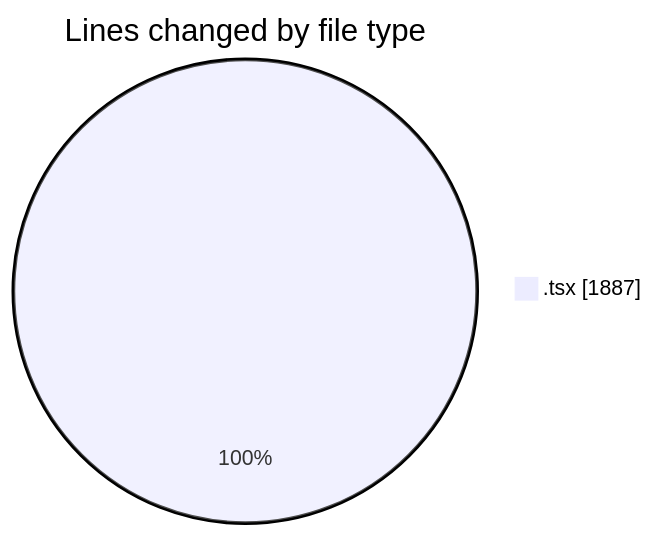
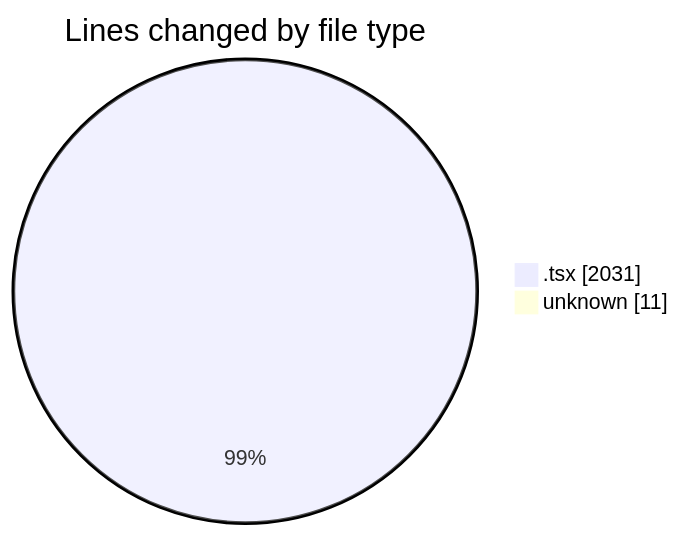
Before and after one commit to JenPaints/code-tracking: the first of 2 diagrams in 2025-05-28/kimberly-groups/README.md, drawn with Mermaid. The commit also changed other lines of this file and 1 other file, not shown here.

````diff
--- a/2025-05-28/kimberly-groups/README.md
+++ b/2025-05-28/kimberly-groups/README.md
@@ -28,5 +29,6 @@
 ```mermaid
 pie showData
 title Lines changed by file type
-".tsx" : 1887
+".tsx" : 2031
+"unknown" : 11
 ```
````
